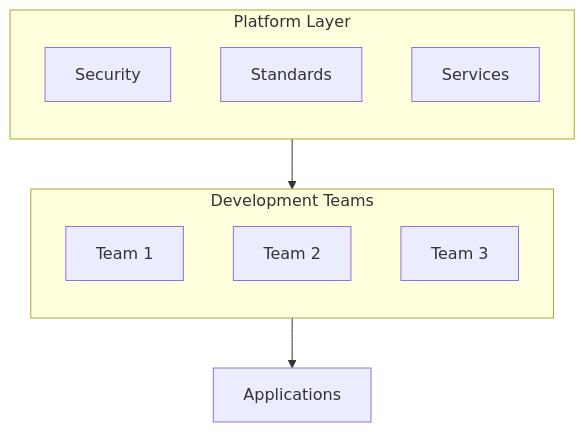
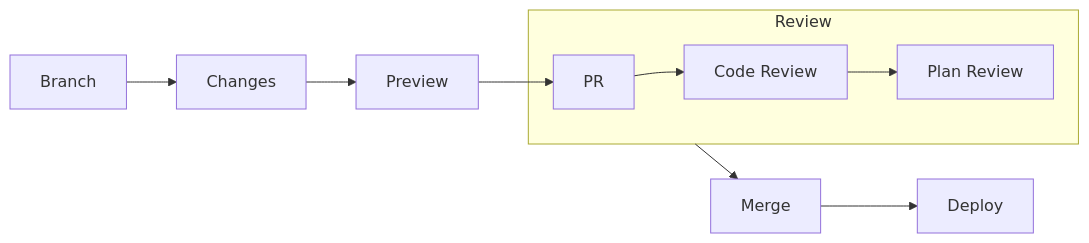
Before and after one commit to voioo/iac-pulumi-seminar: the diagram in pages/section-5.md, drawn with Mermaid. The commit also changed other lines of this file and 7 other files, not shown here.

````diff
--- a/pages/section-5.md
+++ b/pages/section-5.md
@@ -203,20 +86,12 @@
-```mermaid {scale: 0.6}
-flowchart TB
-    subgraph Platform ["Platform Layer"]
-        direction TB
-        S1[Security] 
-        S2[Standards]
-        S3[Services]
+```mermaid {scale: 0.8}
+flowchart LR
+    A[Branch] --> B[Changes]
+    B --> C[Preview]
+    C --> D[PR]
+    subgraph Review
+        D --> E[Code Review]
+        E --> F[Plan Review]
     end
-
-    subgraph Teams ["Development Teams"]
-        direction TB
-        T1[Team 1]
-        T2[Team 2]
-        T3[Team 3]
-    end
-
-    Platform --> Teams
-    Teams --> A[Applications]
-
+    Review --> G[Merge]
+    G --> H[Deploy]
 ```
````
